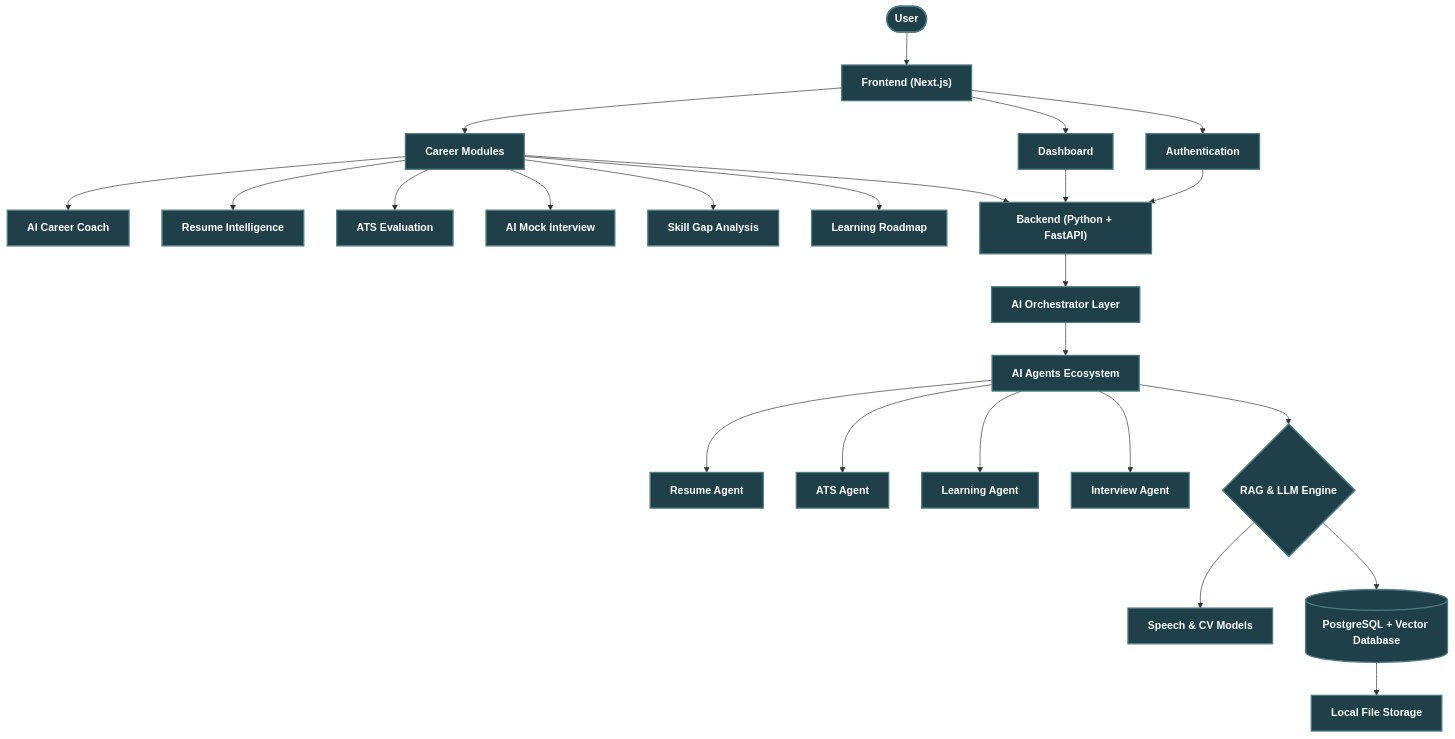
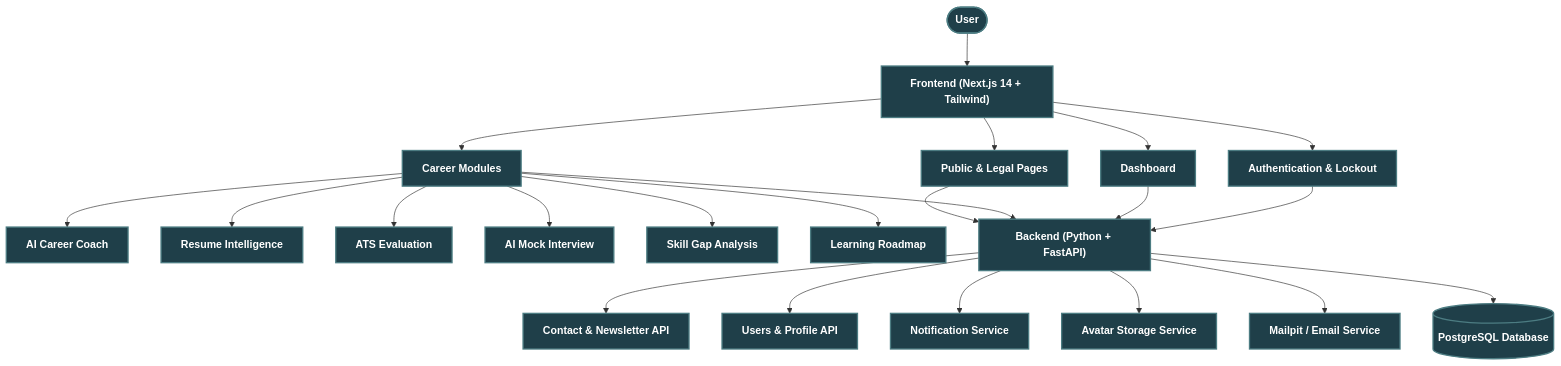
Before and after one commit to MudassarGill/CareerPilot-AI: the diagram in README.md, drawn with Mermaid. The commit also changed other lines of this file and 19 other files, not shown here.

````diff
--- a/README.md
+++ b/README.md
@@ -11,35 +13,31 @@
 ```mermaid
 graph TD
     classDef default fill:#1f3f49,stroke:#4c7c82,stroke-width:2px,color:#fff,font-weight:bold;
     classDef main fill:#d97706,stroke:#f59e0b,stroke-width:2px,color:#fff,font-weight:bold;
     
-    USER([User]) --> FRONTEND["Frontend (Next.js)"]
-    FRONTEND --> AUTH[Authentication]
+    USER([User]) --> FRONTEND["Frontend (Next.js 14 + Tailwind)"]
+    FRONTEND --> AUTH[Authentication & Lockout]
     FRONTEND --> DASH[Dashboard]
     FRONTEND --> MODS[Career Modules]
+    FRONTEND --> PUB[Public & Legal Pages]
     
     MODS --> CCOACH[AI Career Coach]
     MODS --> RESINT[Resume Intelligence]
     MODS --> ATS[ATS Evaluation]
     MODS --> MOCK[AI Mock Interview]
     MODS --> SKS[Skill Gap Analysis]
     MODS --> LRM[Learning Roadmap]
     
     AUTH --> BACKEND["Backend (Python + FastAPI)"]
     DASH --> BACKEND
     MODS --> BACKEND
+    PUB --> BACKEND
     
-    BACKEND --> ORCH[AI Orchestrator Layer]
-    ORCH --> AGENTS[AI Agents Ecosystem]
+    BACKEND --> CONTACT[Contact & Newsletter API]
+    BACKEND --> USERS[Users & Profile API]
+    BACKEND --> NOTIF[Notification Service]
+    BACKEND --> STORAGE[Avatar Storage Service]
+    BACKEND --> MAIL[Mailpit / Email Service]
     
-    AGENTS --> RES[Resume Agent]
-    AGENTS --> ATS_AG[ATS Agent]
-    AGENTS --> LRN_AG[Learning Agent]
-    AGENTS --> INT_AG[Interview Agent]
-    
-    AGENTS --> RAG{RAG & LLM Engine}
-    RAG --> MODELS["Speech & CV Models"]
-    RAG --> DB[("PostgreSQL + Vector Database")]
-    
-    DB --> FILE[Local File Storage]
+    BACKEND --> DB[("PostgreSQL Database")]
 ```
````
